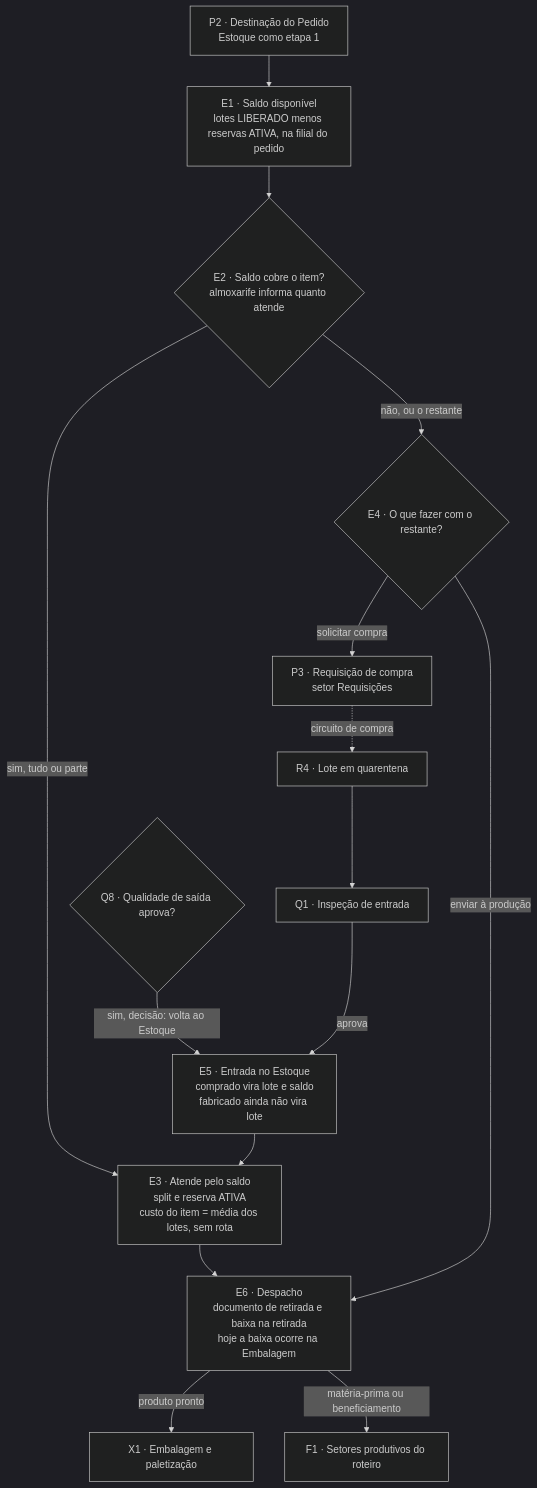
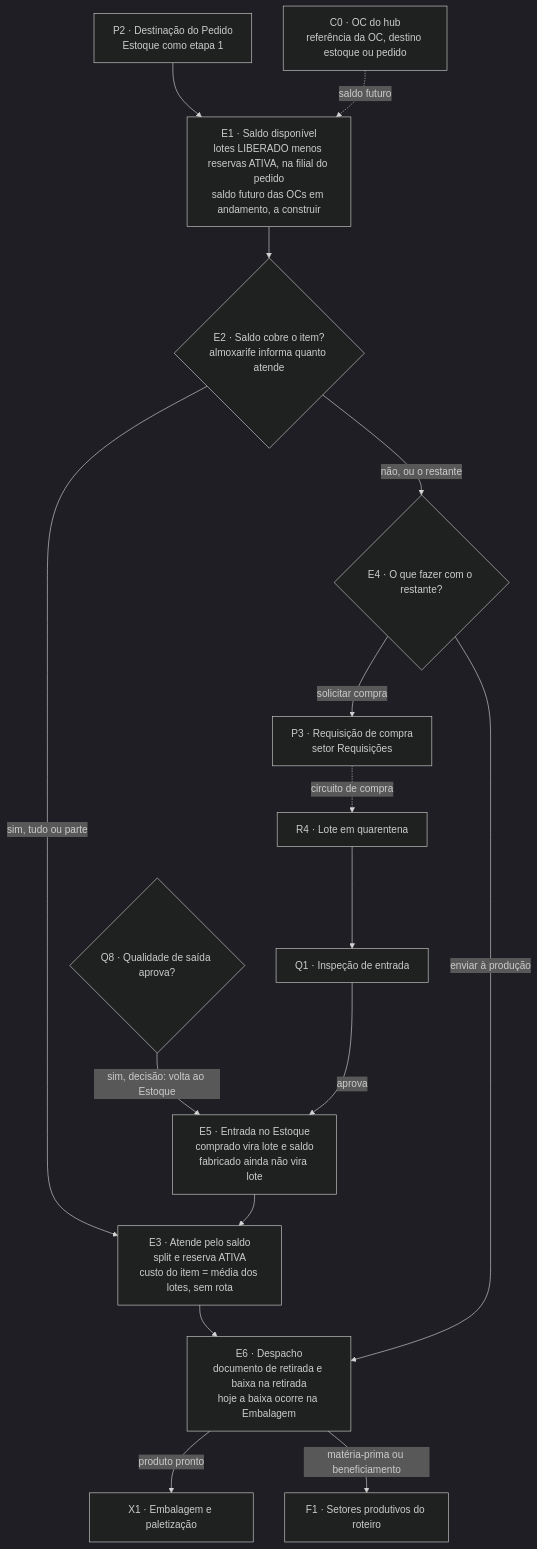
One commit to Acosvital/vault-avhub-mer changed the diagram in 02-Fluxo-de-Atividades/03-Estoque-Atendimento-e-Despacho.md. Above: the diagram before and after it, drawn with Mermaid (dark theme). The commit also changed other lines of this file and 34 other files, not shown here.

Commit message:
docs(vault-v2): decisões de 14/10 (aprovação da OC, OC do hub no MES, OP como entidade, imposto, Omie TESTE), reauditoria do Bearer e sql/002 obsoleto

````diff
--- a/02-Fluxo-de-Atividades/03-Estoque-Atendimento-e-Despacho.md
+++ b/02-Fluxo-de-Atividades/03-Estoque-Atendimento-e-Despacho.md
@@ -188,17 +194,18 @@
 ```mermaid
 flowchart TD
-    P2["P2 · Destinação do Pedido<br/>Estoque como etapa 1"] --> E1["E1 · Saldo disponível<br/>lotes LIBERADO menos reservas ATIVA, na filial do pedido"]
+    P2["P2 · Destinação do Pedido<br/>Estoque como etapa 1"] --> E1["E1 · Saldo disponível<br/>lotes LIBERADO menos reservas ATIVA, na filial do pedido<br/>saldo futuro das OCs em andamento, a construir"]
+    C0["C0 · OC do hub<br/>referência da OC, destino estoque ou pedido"] -.->|"saldo futuro"| E1
     E1 --> E2{"E2 · Saldo cobre o item?<br/>almoxarife informa quanto atende"}
     E2 -->|"sim, tudo ou parte"| E3["E3 · Atende pelo saldo<br/>split e reserva ATIVA<br/>custo do item = média dos lotes, sem rota"]
     E2 -->|"não, ou o restante"| E4{"E4 · O que fazer com o restante?"}
     E4 -->|"solicitar compra"| P3["P3 · Requisição de compra<br/>setor Requisições"]
     E4 -->|"enviar à produção"| E6
     P3 -.->|"circuito de compra"| R4["R4 · Lote em quarentena"]
     R4 --> Q1["Q1 · Inspeção de entrada"]
     Q1 -->|"aprova"| E5["E5 · Entrada no Estoque<br/>comprado vira lote e saldo<br/>fabricado ainda não vira lote"]
     Q8{"Q8 · Qualidade de saída aprova?"} -->|"sim, decisão: volta ao Estoque"| E5
     E5 --> E3
     E3 --> E6["E6 · Despacho<br/>documento de retirada e baixa na retirada<br/>hoje a baixa ocorre na Embalagem"]
     E6 -->|"produto pronto"| X1["X1 · Embalagem e paletização"]
     E6 -->|"matéria-prima ou beneficiamento"| F1["F1 · Setores produtivos do roteiro"]
 ```
````
